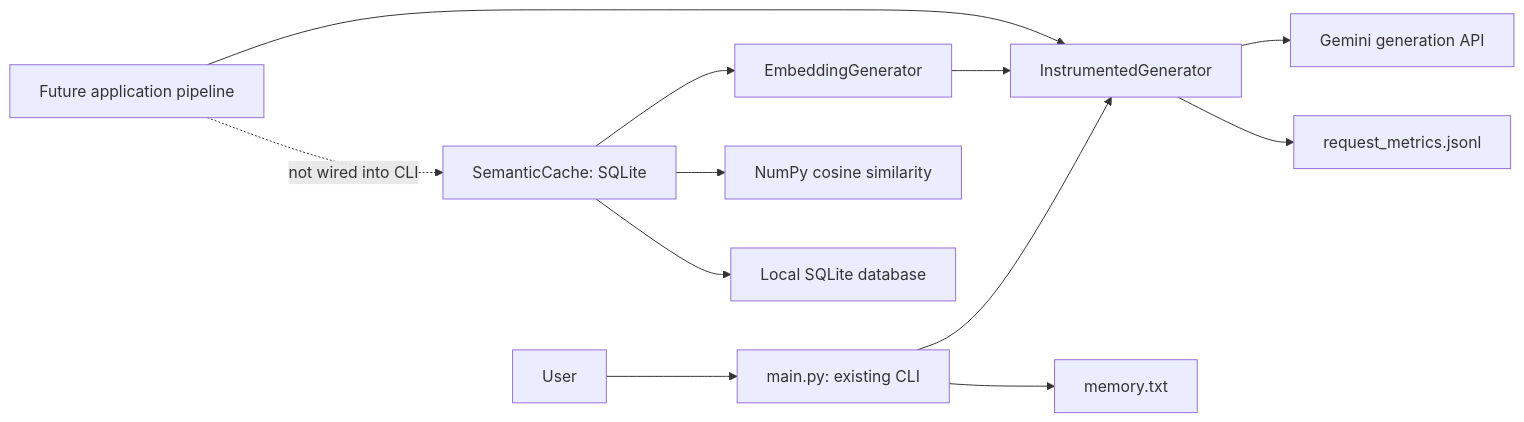
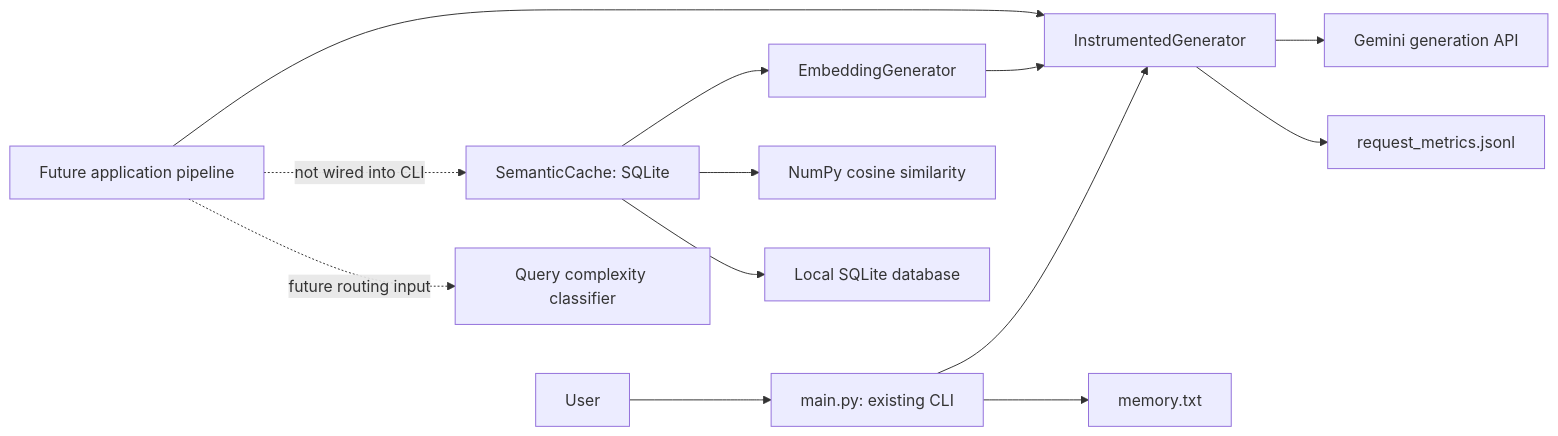
One commit to omkharad100x/llm-cost-router changed the diagram in README.md. Above: the diagram before and after it, drawn with Mermaid. The commit also changed other lines of this file and 3 other files, not shown here.

Commit message:
feat: add query complexity classification

````diff
--- a/README.md
+++ b/README.md
@@ -20,15 +21,16 @@
 ```mermaid
 flowchart LR
     User --> CLI["main.py: existing CLI"]
     CLI --> Gen["InstrumentedGenerator"]
     Gen --> Gemini["Gemini generation API"]
     Gen --> Metrics["request_metrics.jsonl"]
     CLI --> Memory["memory.txt"]
 
     Future["Future application pipeline"] -. "not wired into CLI" .-> Cache["SemanticCache: SQLite"]
     Cache --> Embed["EmbeddingGenerator"]
     Embed --> Gen
     Cache --> Similarity["NumPy cosine similarity"]
     Cache --> DB["Local SQLite database"]
+    Future -. "future routing input" .-> Classifier["Query complexity classifier"]
     Future --> Gen
 ```
````
